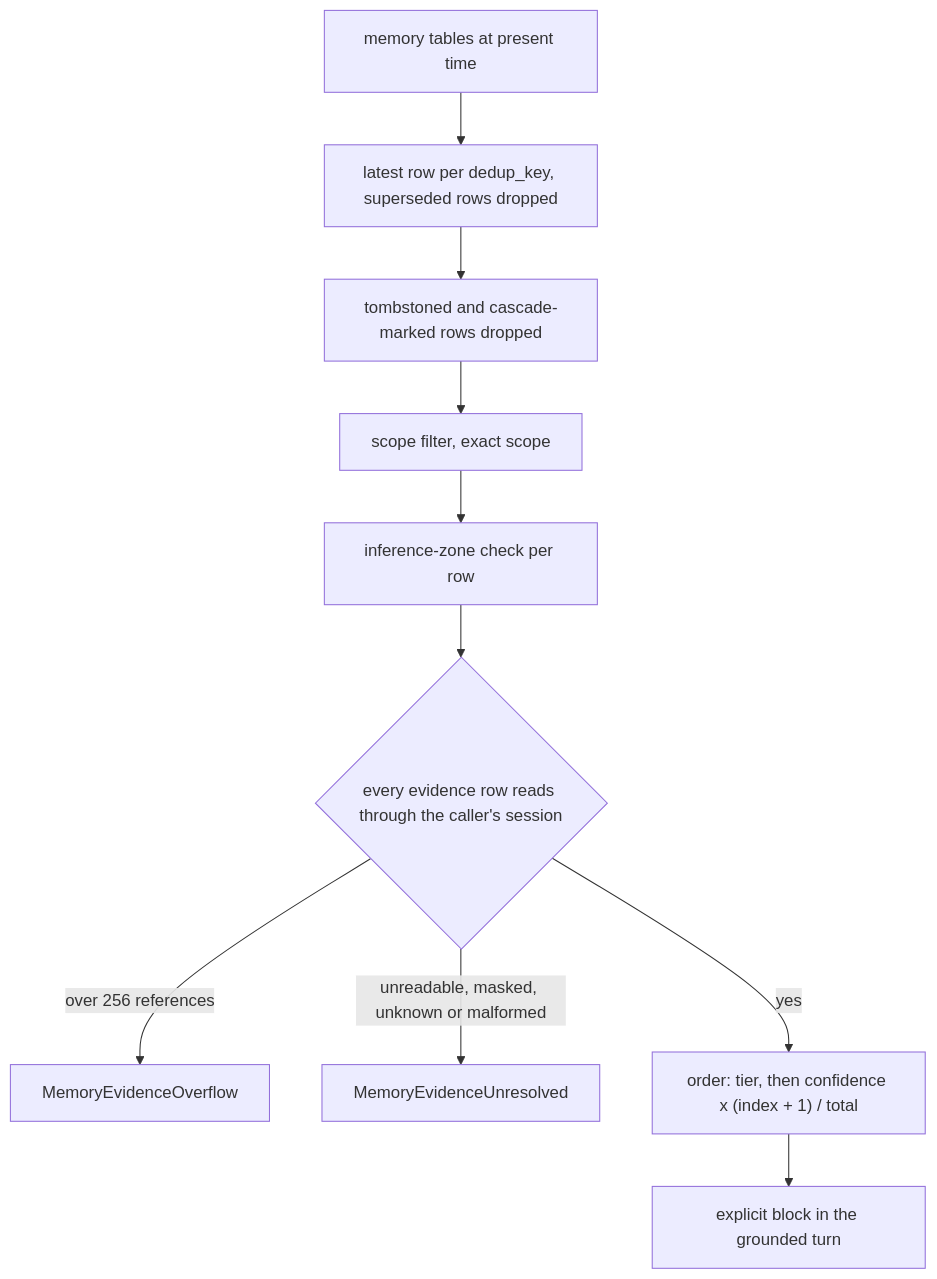
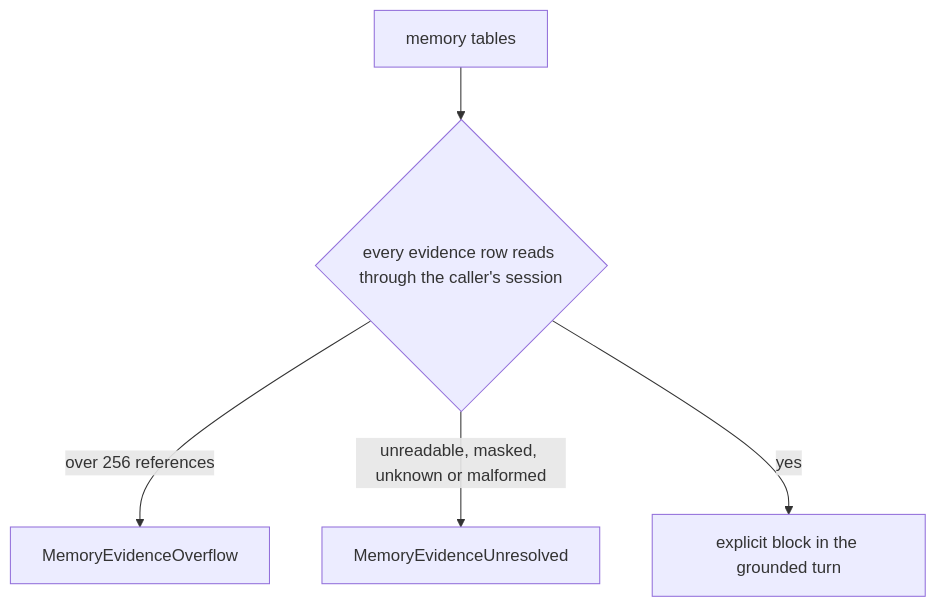
One commit to fractalboxdev/contextful changed the third of 4 diagrams in spec/21-memory.md. Above: the diagram before and after it, drawn with Mermaid. The commit also changed other lines of this file and 7 other files, not shown here.

````diff
--- a/spec/21-memory.md
+++ b/spec/21-memory.md
@@ -110,12 +93,7 @@
 ```mermaid
 flowchart TD
-  M["memory tables at present time"] --> FO["latest row per dedup_key, superseded rows dropped"]
-  FO --> TS["tombstoned and cascade-marked rows dropped"]
-  TS --> SC["scope filter, exact scope"]
-  SC --> ZN["inference-zone check per row"]
-  ZN --> EV{"every evidence row reads through the caller's session"}
+  M["memory tables"] --> EV{"every evidence row reads through the caller's session"}
   EV -- "over 256 references" --> E1["MemoryEvidenceOverflow"]
   EV -- "unreadable, masked, unknown or malformed" --> E2["MemoryEvidenceUnresolved"]
-  EV -- "yes" --> OR["order: tier, then confidence x (index + 1) / total"]
-  OR --> INJ["explicit block in the grounded turn"]
+  EV -- "yes" --> INJ["explicit block in the grounded turn"]
 ```
````
